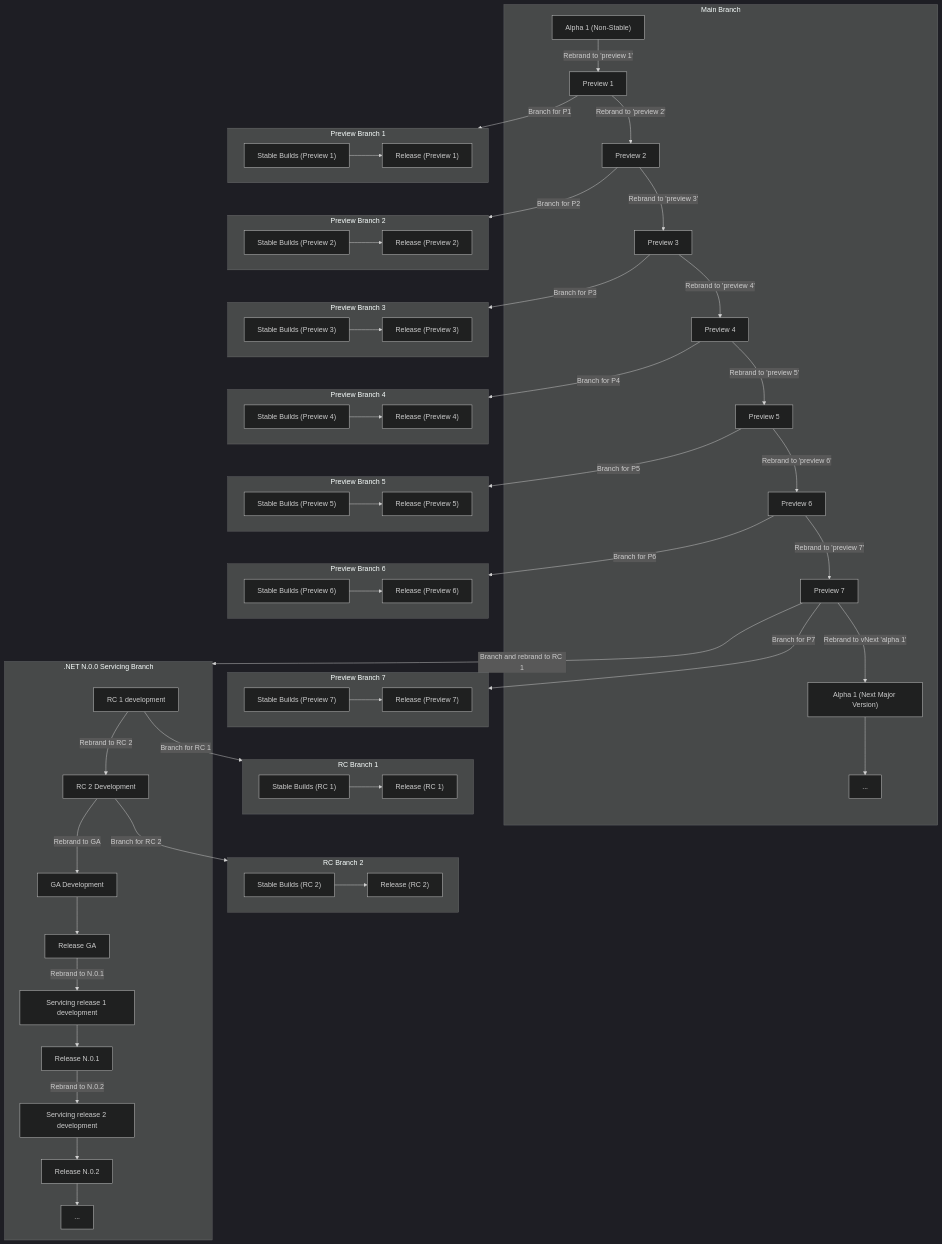
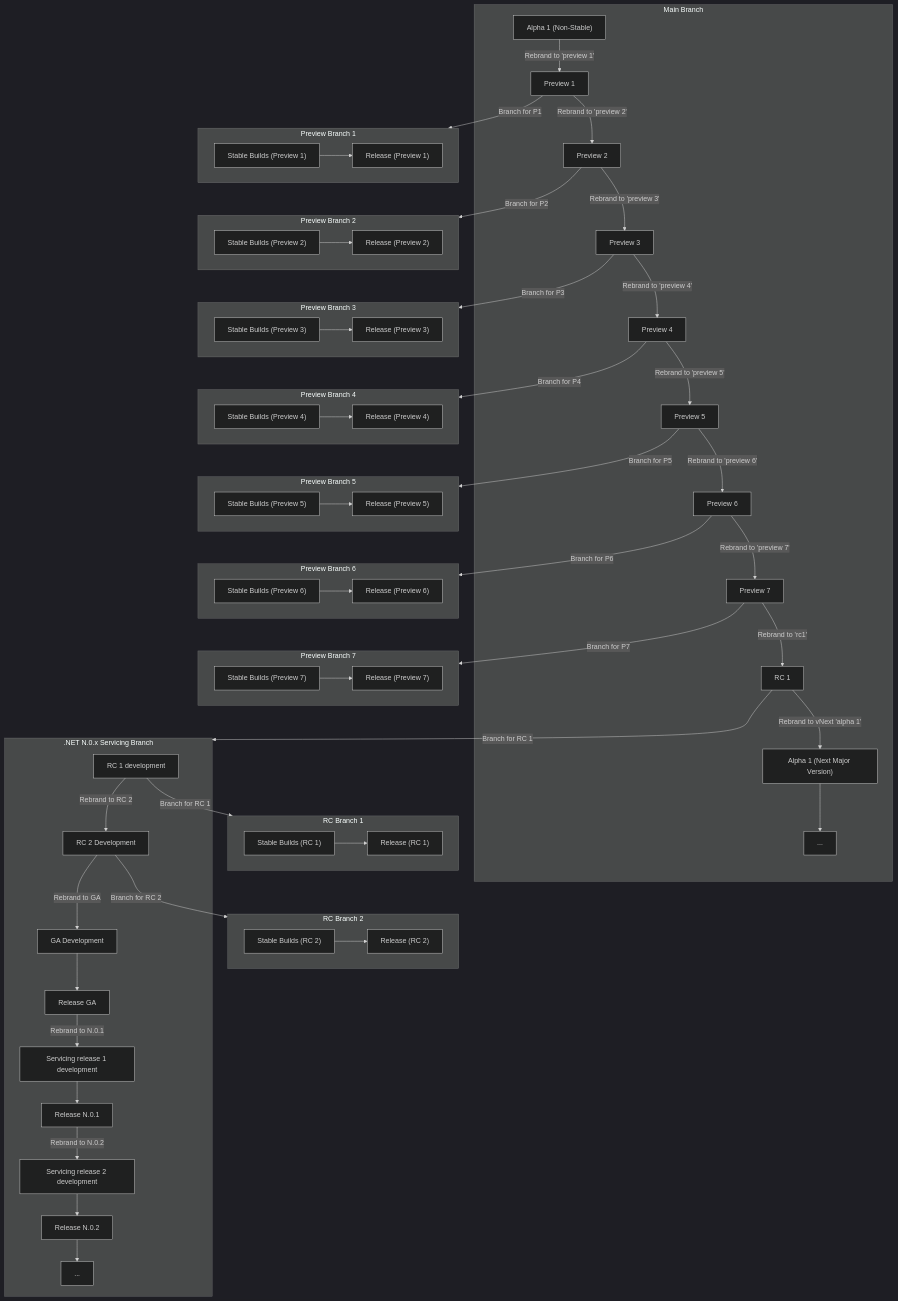
One commit to dotnet/dotnet changed the diagram in docs/VMR-Product-Versioning.md. Above: the diagram before and after it, drawn with Mermaid (dark theme).

Commit message:
Fix release branch timeline in VMR-Product-Versioning.md
We only snap the final release branch for RC1, not for preview7.

````diff
--- a/docs/VMR-Product-Versioning.md
+++ b/docs/VMR-Product-Versioning.md
@@ -67,7 +67,8 @@
         P4 -->|Rebrand to 'preview 5'| P5["Preview 5"]
         P5 -->|Rebrand to 'preview 6'| P6["Preview 6"]
         P6 -->|Rebrand to 'preview 7'| P7["Preview 7"]
-        P7 -->|"Rebrand to vNext 'alpha 1'"| AlphaNext["Alpha 1 (Next Major Version)"]
+        P7 -->|Rebrand to 'rc1'| RC1["RC 1"]
+        RC1 -->|"Rebrand to vNext 'alpha 1'"| AlphaNext["Alpha 1 (Next Major Version)"]
         AlphaNext --> DotDotDot[...]
     end
 
@@ -116,7 +117,7 @@
         RC2Stable --> RC2Release["Release (RC 2)"]
     end
 
-    subgraph ServicingBranch[".NET N.0.0 Servicing Branch"]
+    subgraph ServicingBranch[".NET N.0.x Servicing Branch"]
         RC1Development[RC 1 development]
         RC1Development -->|Rebrand to RC 2| RC2Development["RC 2 Development"]
         RC2Development -->|Rebrand to GA| GADevelopment["GA Development"]
@@ -136,7 +137,7 @@
     P5 -->|Branch for P5| PreviewBranchP5
     P6 -->|Branch for P6| PreviewBranchP6
     P7 -->|Branch for P7| PreviewBranchP7
-    P7 -->|Branch and rebrand to RC 1| ServicingBranch
+    RC1 -->|Branch for RC 1| ServicingBranch
     RC1Development -->|Branch for RC 1| RCBranchRC1
     RC2Development -->|Branch for RC 2| RCBranchRC2
 ```
````
